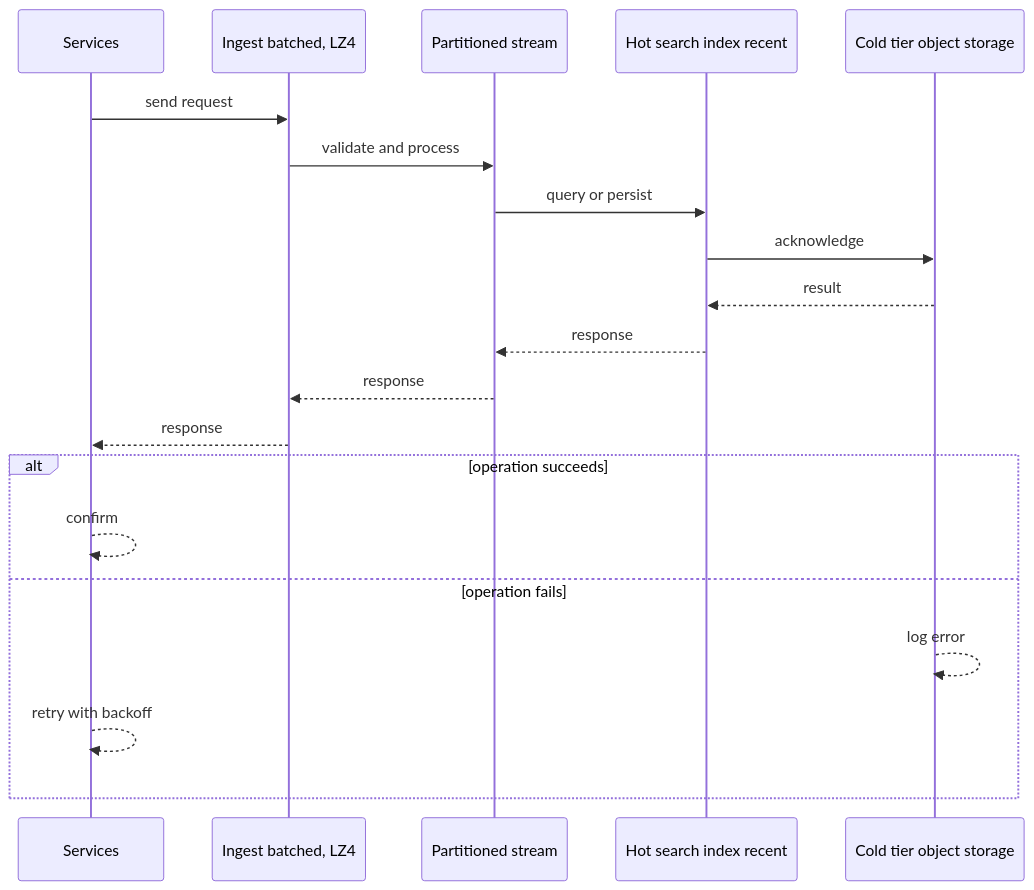
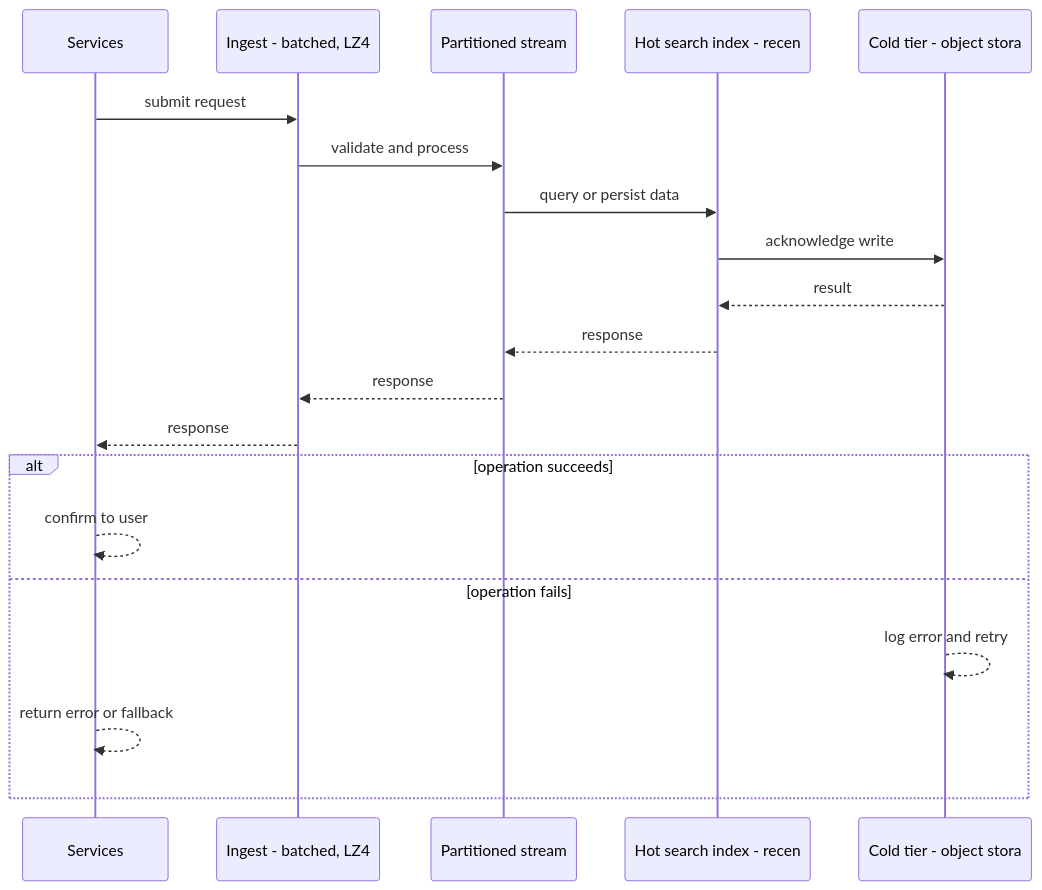
One commit to RIT-MESH/system-design-mastery changed the second of 4 diagrams in case-studies/intermediate/logging-platform.md. Above: the diagram before and after it, drawn with Mermaid. The commit also changed other lines of this file and 127 other files, not shown here.

First line of the commit message:
Improve all case study diagrams: case-specific sequences, fix truncated labels

````diff
--- a/case-studies/intermediate/logging-platform.md
+++ b/case-studies/intermediate/logging-platform.md
@@ -80,23 +80,23 @@
 ```mermaid
 %% created-for: system-design-mastery
 sequenceDiagram
-  participant C0 as Services
-  participant C1 as Ingest batched, LZ4
-  participant C2 as Partitioned stream
-  participant C3 as Hot search index recent
-  participant C4 as Cold tier object storage
-  C0 ->> C1: send request
-  C1 ->> C2: validate and process
-  C2 ->> C3: query or persist
-  C3 ->> C4: acknowledge
-  C4 -->> C3: result
-  C3 -->> C2: response
-  C2 -->> C1: response
-  C1 -->> C0: response
+  participant P0 as Services
+  participant P1 as Ingest - batched, LZ4
+  participant P2 as Partitioned stream
+  participant P3 as Hot search index - recen
+  participant P4 as Cold tier - object stora
+  P0 ->> P1: submit request
+  P1 ->> P2: validate and process
+  P2 ->> P3: query or persist data
+  P3 ->> P4: acknowledge write
+  P4 -->> P3: result
+  P3 -->> P2: response
+  P2 -->> P1: response
+  P1 -->> P0: response
   alt operation succeeds
-    C0 -->> C0: confirm
+    P0 -->> P0: confirm to user
   else operation fails
-    C4 -->> C4: log error
-    C0 -->> C0: retry with backoff
+    P4 -->> P4: log error and retry
+    P0 -->> P0: return error or fallback
   end
 ```
````
